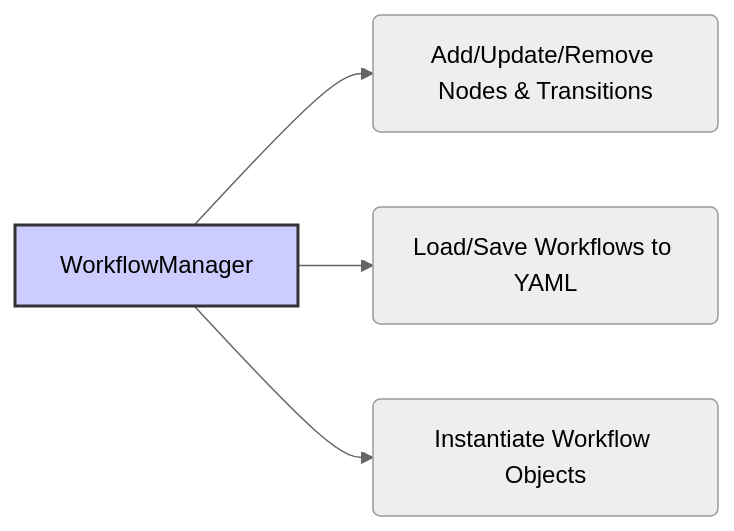
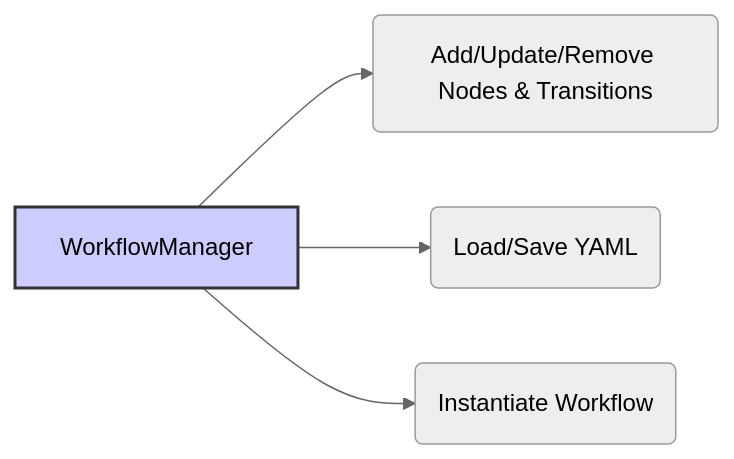
One commit to quantalogic/quantalogic changed the fifth of 6 diagrams in quantalogic/flow/flow_yaml.md. Above: the diagram before and after it, drawn with Mermaid (neutral theme). The commit also changed other lines of this file and 3 other files, not shown here.

````diff
--- a/quantalogic/flow/flow_yaml.md
+++ b/quantalogic/flow/flow_yaml.md
@@ -300,7 +324,7 @@
 ```mermaid
 graph LR
     A[WorkflowManager] --> B(Add/Update/Remove Nodes & Transitions);
-    A --> C(Load/Save Workflows to YAML);
-    A --> D(Instantiate Workflow Objects);
+    A --> C(Load/Save YAML);
+    A --> D(Instantiate Workflow);
     style A fill:#ccf,stroke:#333,stroke-width:2px
 ```
````
